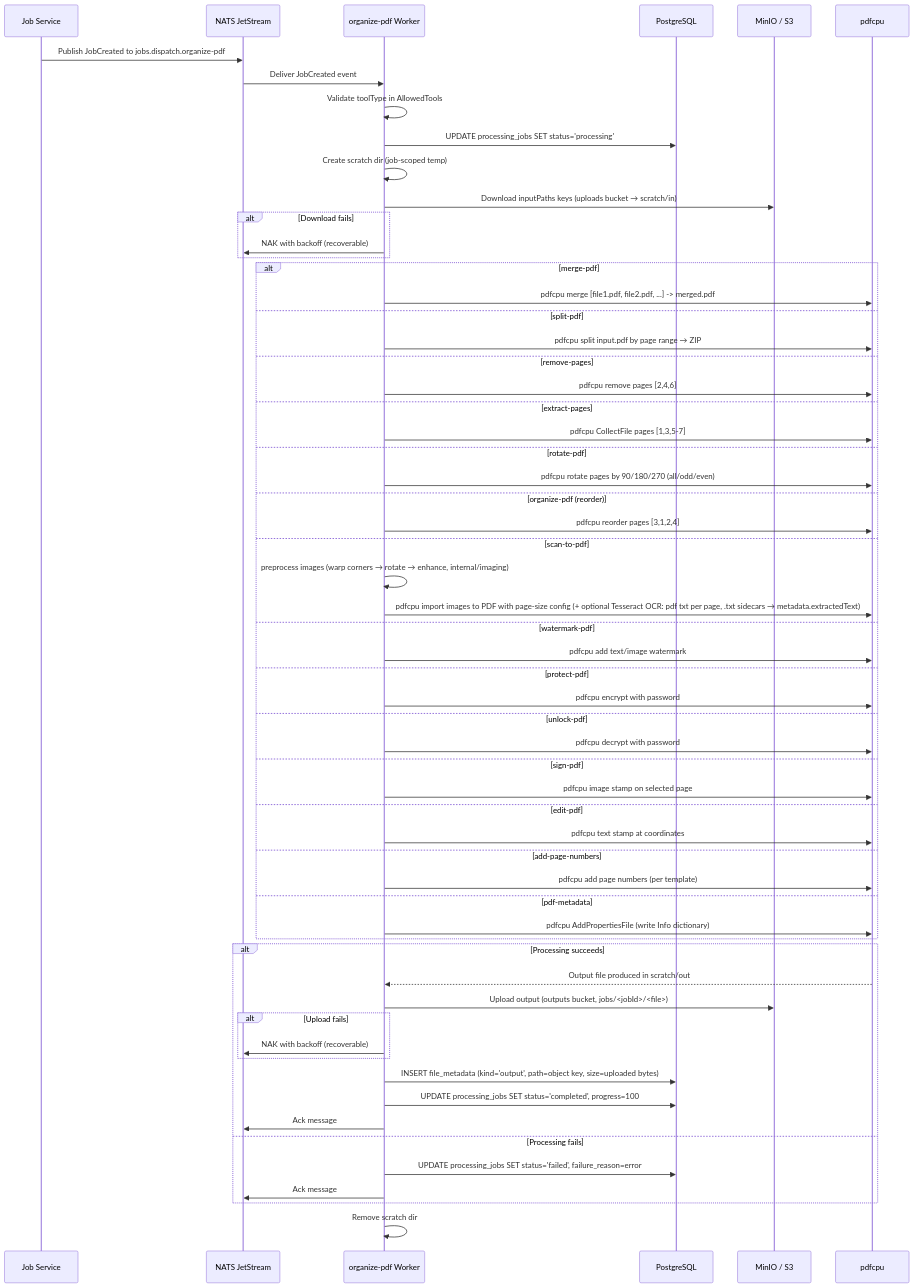
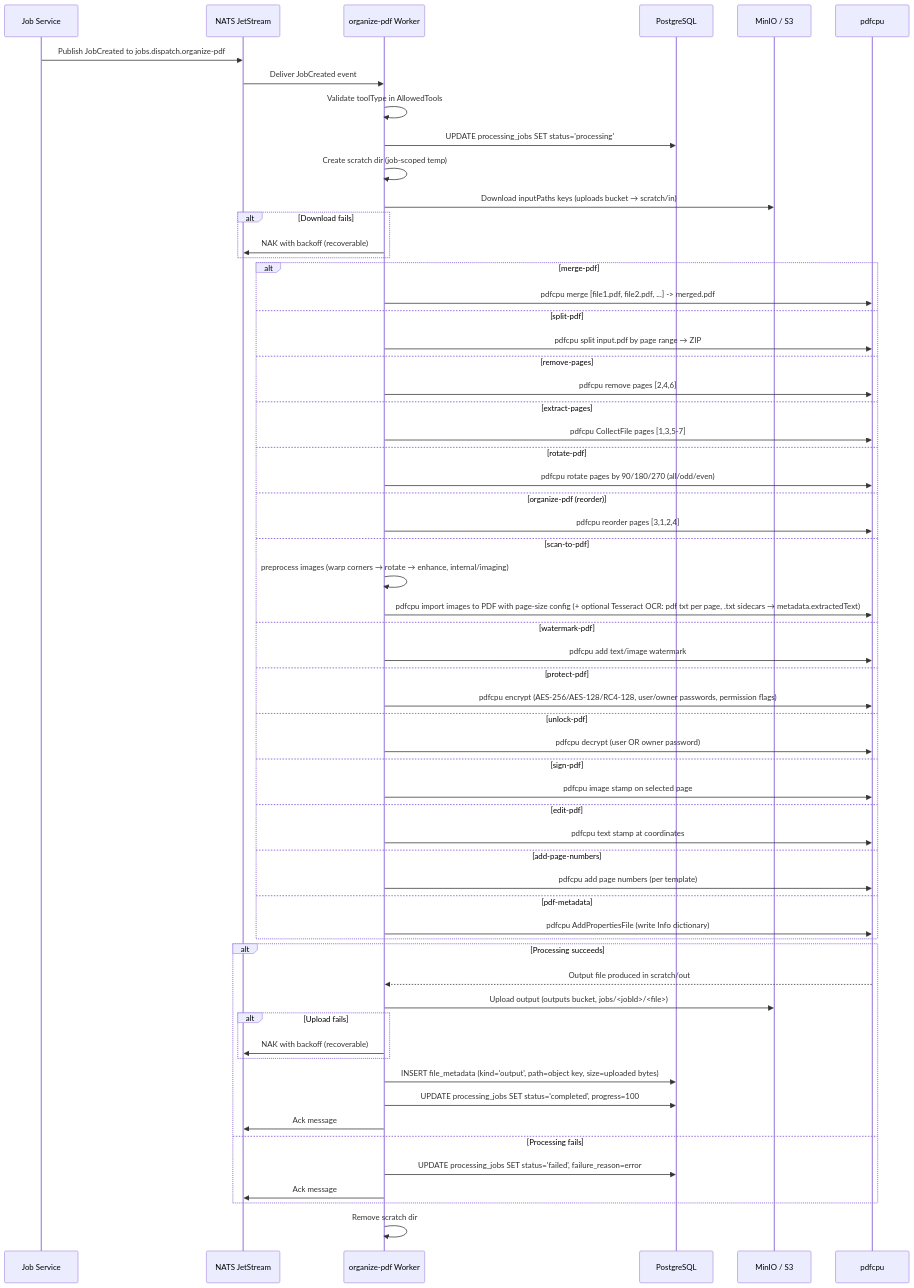
The first of 4 diagrams in docs/developer/services/organize-pdf.md (code-farms/fyredocs_backend), drawn with Mermaid before and after one commit. The commit also changed other lines of this file and 15 other files, not shown here.

````diff
--- a/docs/developer/services/organize-pdf.md
+++ b/docs/developer/services/organize-pdf.md
@@ -718,67 +739,67 @@
 ```mermaid
 sequenceDiagram
     participant JS as Job Service
     participant NATS as NATS JetStream
     participant W as organize-pdf Worker
     participant DB as PostgreSQL
     participant S3 as MinIO / S3
     participant PC as pdfcpu
 
     JS->>NATS: Publish JobCreated to jobs.dispatch.organize-pdf
     NATS->>W: Deliver JobCreated event
 
     W->>W: Validate toolType in AllowedTools
     W->>DB: UPDATE processing_jobs SET status='processing'
 
     W->>W: Create scratch dir (job-scoped temp)
     W->>S3: Download inputPaths keys (uploads bucket → scratch/in)
     alt Download fails
         W->>NATS: NAK with backoff (recoverable)
     end
 
     alt merge-pdf
         W->>PC: pdfcpu merge [file1.pdf, file2.pdf, ...] -> merged.pdf
     else split-pdf
         W->>PC: pdfcpu split input.pdf by page range → ZIP
     else remove-pages
         W->>PC: pdfcpu remove pages [2,4,6]
     else extract-pages
         W->>PC: pdfcpu CollectFile pages [1,3,5-7]
     else rotate-pdf
         W->>PC: pdfcpu rotate pages by 90/180/270 (all/odd/even)
     else organize-pdf (reorder)
         W->>PC: pdfcpu reorder pages [3,1,2,4]
     else scan-to-pdf
         W->>W: preprocess images (warp corners → rotate → enhance, internal/imaging)
         W->>PC: pdfcpu import images to PDF with page-size config (+ optional Tesseract OCR: pdf txt per page, .txt sidecars → metadata.extractedText)
     else watermark-pdf
         W->>PC: pdfcpu add text/image watermark
     else protect-pdf
-        W->>PC: pdfcpu encrypt with password
+        W->>PC: pdfcpu encrypt (AES-256/AES-128/RC4-128, user/owner passwords, permission flags)
     else unlock-pdf
-        W->>PC: pdfcpu decrypt with password
+        W->>PC: pdfcpu decrypt (user OR owner password)
     else sign-pdf
         W->>PC: pdfcpu image stamp on selected page
     else edit-pdf
         W->>PC: pdfcpu text stamp at coordinates
     else add-page-numbers
         W->>PC: pdfcpu add page numbers (per template)
     else pdf-metadata
         W->>PC: pdfcpu AddPropertiesFile (write Info dictionary)
     end
 
     alt Processing succeeds
         PC-->>W: Output file produced in scratch/out
         W->>S3: Upload output (outputs bucket, jobs/<jobId>/<file>)
         alt Upload fails
             W->>NATS: NAK with backoff (recoverable)
         end
         W->>DB: INSERT file_metadata (kind='output', path=object key, size=uploaded bytes)
         W->>DB: UPDATE processing_jobs SET status='completed', progress=100
         W->>NATS: Ack message
     else Processing fails
         W->>DB: UPDATE processing_jobs SET status='failed', failure_reason=error
         W->>NATS: Ack message
     end
     W->>W: Remove scratch dir
 ```
````
